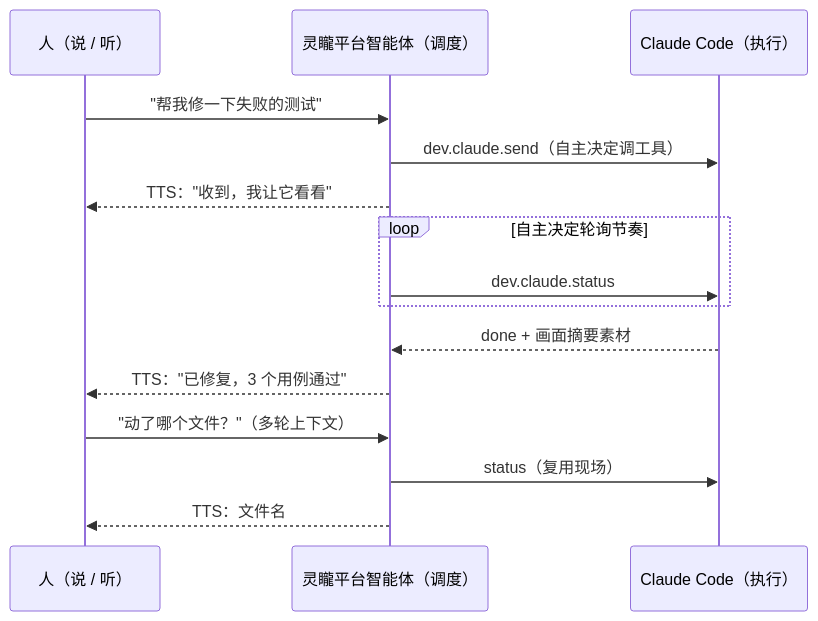
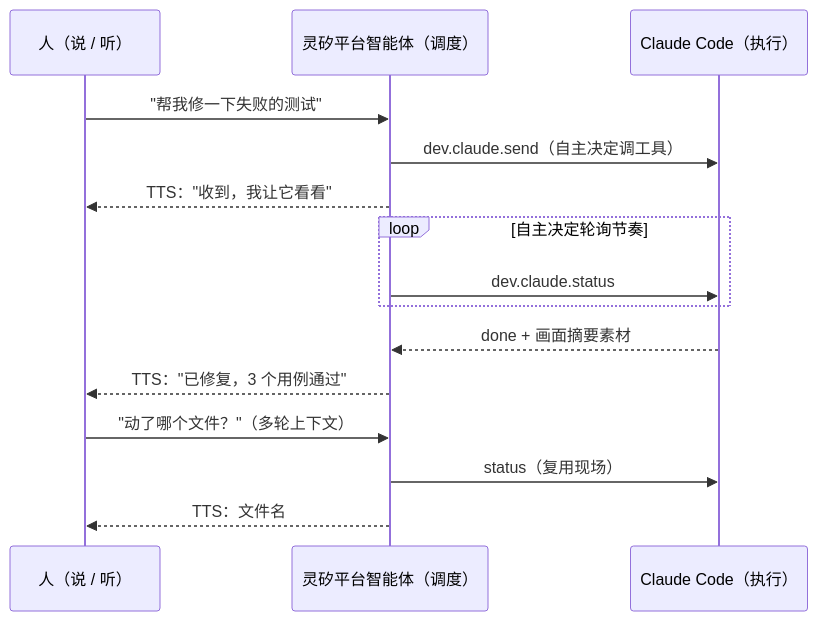
The second of 2 diagrams in README.md (huaiyuWangh/Hackathon2026), drawn with Mermaid before and after one commit. The commit also changed other lines of this file and 15 other files, not shown here.

````diff
--- a/README.md
+++ b/README.md
@@ -56,17 +56,17 @@
 ```mermaid
 sequenceDiagram
     participant H as 人（说 / 听）
-    participant P as 灵矓平台智能体（调度）
+    participant P as 灵矽平台智能体（调度）
     participant C as Claude Code（执行）
     H->>P: "帮我修一下失败的测试"
     P->>C: dev.claude.send（自主决定调工具）
     P-->>H: TTS："收到，我让它看看"
     loop 自主决定轮询节奏
         P->>C: dev.claude.status
     end
     C-->>P: done + 画面摘要素材
     P-->>H: TTS："已修复，3 个用例通过"
     H->>P: "动了哪个文件？"（多轮上下文）
     P->>C: status（复用现场）
     P-->>H: TTS：文件名
 ```
````
